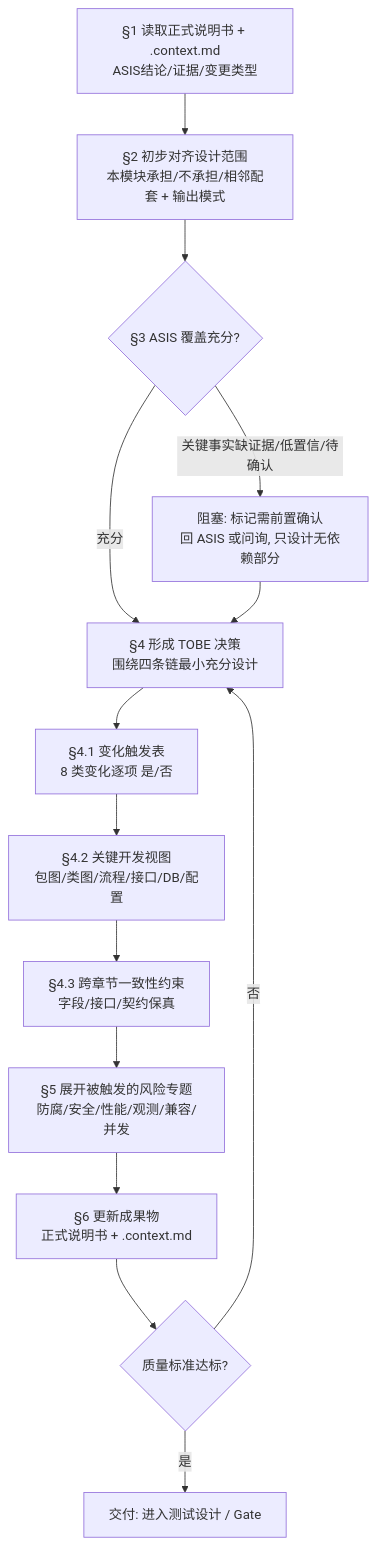
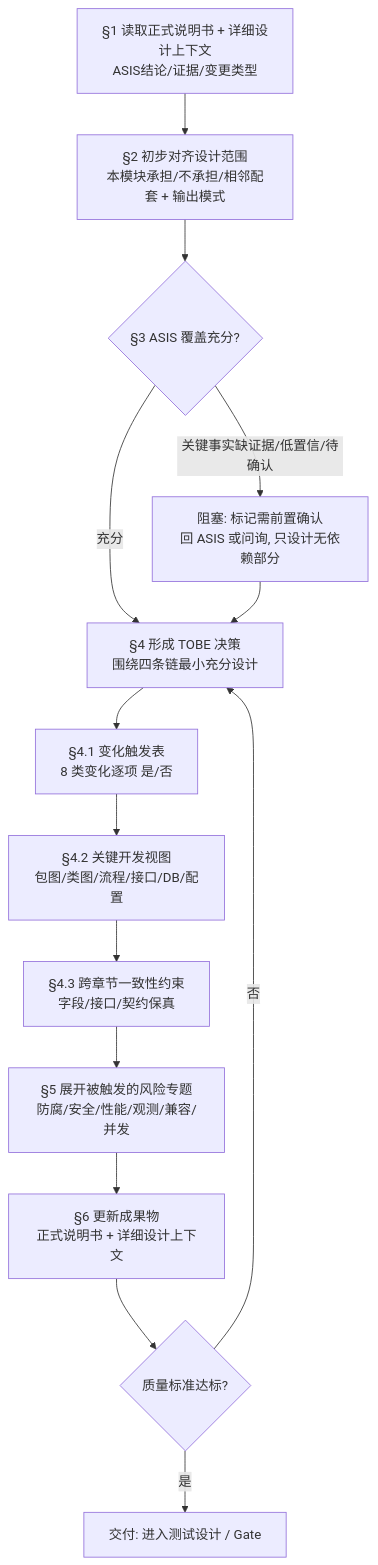
Before and after one commit to Ddfang-sdf/Awesome-Agent-Workflow: the diagram in skills/module-tobe-design/SKILL.md, drawn with Mermaid. The commit also changed other lines of this file and 45 other files, not shown here.

````diff
--- a/skills/module-tobe-design/SKILL.md
+++ b/skills/module-tobe-design/SKILL.md
@@ -134,16 +133,16 @@
 ```mermaid
 flowchart TD
-    S1["§1 读取正式说明书 + .context.md<br/>ASIS结论/证据/变更类型"] --> S2["§2 初步对齐设计范围<br/>本模块承担/不承担/相邻配套 + 输出模式"]
+    S1["§1 读取正式说明书 + 详细设计上下文<br/>ASIS结论/证据/变更类型"] --> S2["§2 初步对齐设计范围<br/>本模块承担/不承担/相邻配套 + 输出模式"]
     S2 --> S3{"§3 ASIS 覆盖充分?"}
     S3 -->|"关键事实缺证据/低置信/待确认"| BL["阻塞: 标记需前置确认<br/>回 ASIS 或问询, 只设计无依赖部分"]
     S3 -->|"充分"| S4["§4 形成 TOBE 决策<br/>围绕四条链最小充分设计"]
     BL --> S4
     S4 --> S41["§4.1 变化触发表<br/>8 类变化逐项 是/否"]
     S41 --> S42["§4.2 关键开发视图<br/>包图/类图/流程/接口/DB/配置"]
     S42 --> S43["§4.3 跨章节一致性约束<br/>字段/接口/契约保真"]
     S43 --> S5["§5 展开被触发的风险专题<br/>防腐/安全/性能/观测/兼容/并发"]
-    S5 --> S6["§6 更新成果物<br/>正式说明书 + .context.md"]
+    S5 --> S6["§6 更新成果物<br/>正式说明书 + 详细设计上下文"]
     S6 --> Q{"质量标准达标?"}
     Q -->|"否"| S4
     Q -->|"是"| DONE["交付: 进入测试设计 / Gate"]
 ```
````
